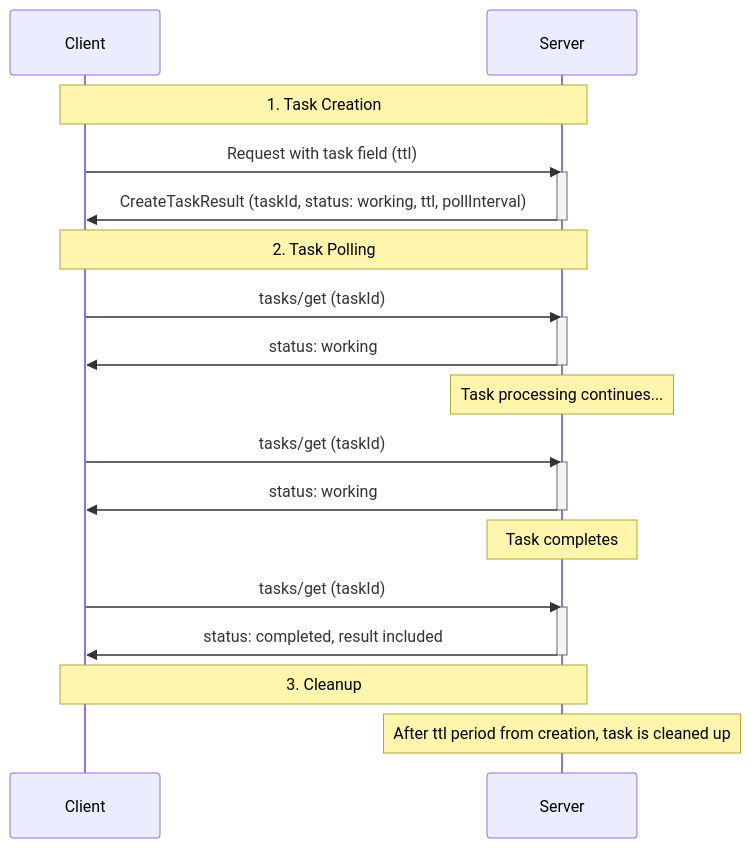
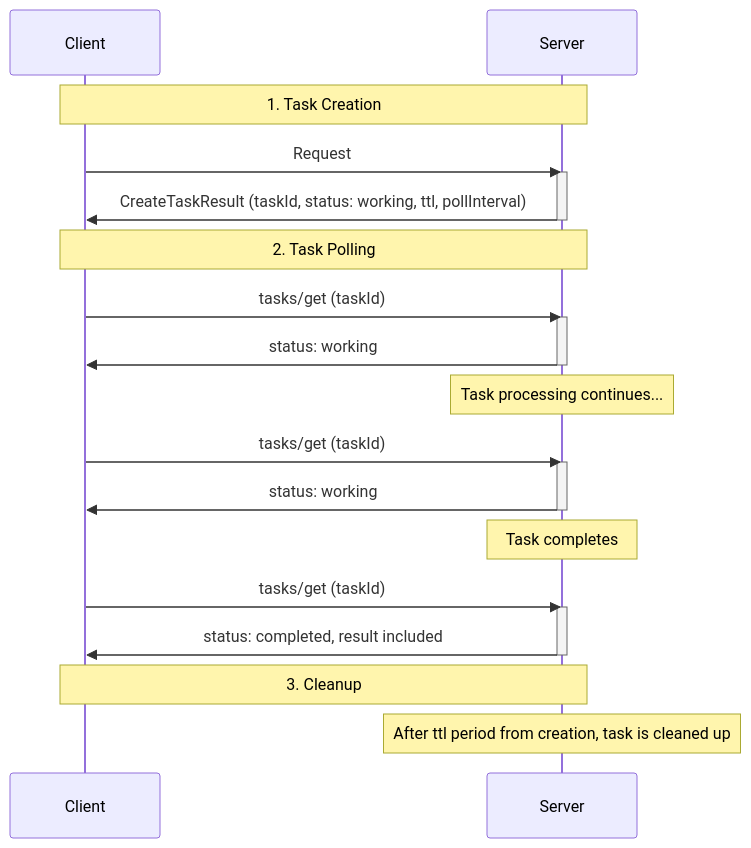
The second of 4 diagrams in docs/specification/draft/basic/utilities/tasks.mdx (modelcontextprotocol/modelcontextprotocol), drawn with Mermaid before and after one commit. The commit also changed other lines of this file and 5 other files, not shown here.

````diff
--- a/docs/specification/draft/basic/utilities/tasks.mdx
+++ b/docs/specification/draft/basic/utilities/tasks.mdx
@@ -607,27 +553,27 @@
 ```mermaid
 sequenceDiagram
     participant C as Client
     participant S as Server
     Note over C,S: 1. Task Creation
-    C->>S: Request with task field (ttl)
+    C->>S: Request
     activate S
     S->>C: CreateTaskResult (taskId, status: working, ttl, pollInterval)
     deactivate S
     Note over C,S: 2. Task Polling
     C->>S: tasks/get (taskId)
     activate S
     S->>C: status: working
     deactivate S
     Note over S: Task processing continues...
     C->>S: tasks/get (taskId)
     activate S
     S->>C: status: working
     deactivate S
     Note over S: Task completes
     C->>S: tasks/get (taskId)
     activate S
     S->>C: status: completed, result included
     deactivate S
     Note over C,S: 3. Cleanup
     Note over S: After ttl period from creation, task is cleaned up
 ```
````
